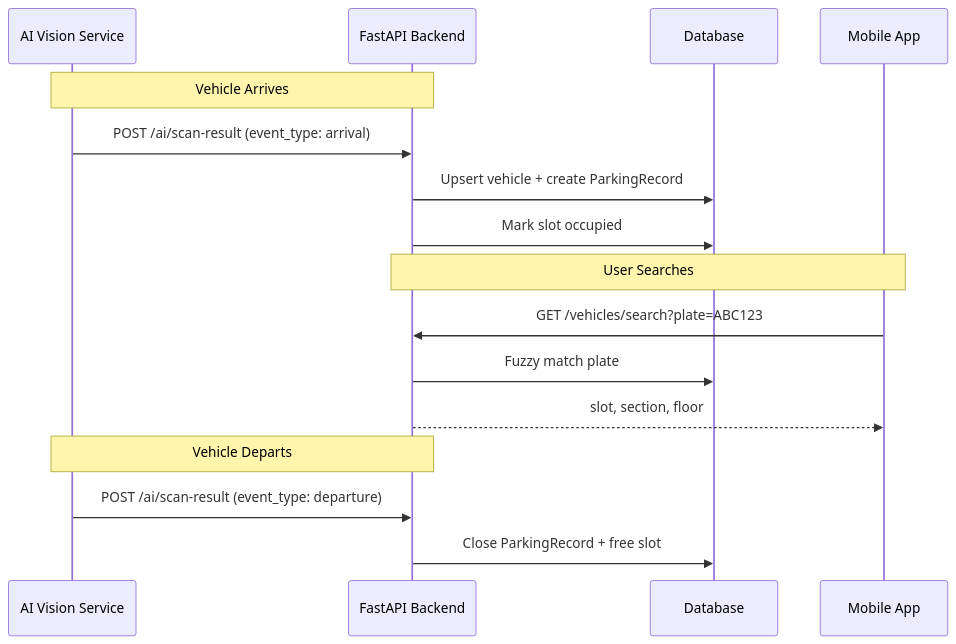
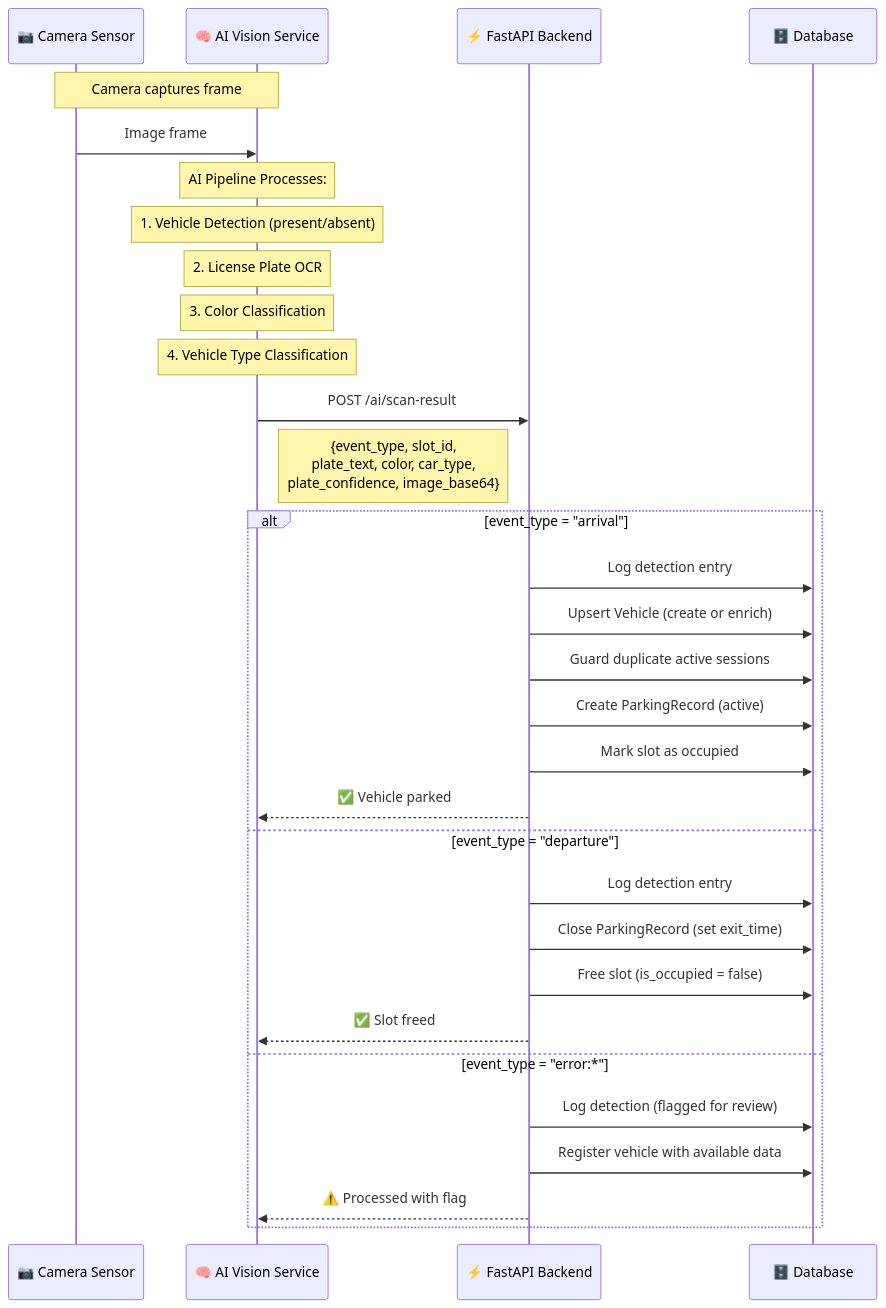
One commit to ZiadTawfiq/Go2Car_Backend_GP changed the second of 4 diagrams in README.md. Above: the diagram before and after it, drawn with Mermaid. The commit also changed other lines of this file, not shown here.

````diff
--- a/README.md
+++ b/README.md
@@ -55,21 +112,37 @@
 ```mermaid
 sequenceDiagram
-    participant AI as AI Vision Service
-    participant API as FastAPI Backend
-    participant DB as Database
-    participant App as Mobile App
+    participant Camera as 📷 Camera Sensor
+    participant AI as 🧠 AI Vision Service
+    participant API as ⚡ FastAPI Backend
+    participant DB as 🗄️ Database
 
-    Note over AI,API: Vehicle Arrives
-    AI->>API: POST /ai/scan-result (event_type: arrival)
-    API->>DB: Upsert vehicle + create ParkingRecord
-    API->>DB: Mark slot occupied
+    Note over Camera,AI: Camera captures frame
+    Camera->>AI: Image frame
+    
+    Note over AI: AI Pipeline Processes:
+    Note over AI: 1. Vehicle Detection (present/absent)
+    Note over AI: 2. License Plate OCR
+    Note over AI: 3. Color Classification
+    Note over AI: 4. Vehicle Type Classification
 
-    Note over App,API: User Searches
-    App->>API: GET /vehicles/search?plate=ABC123
-    API->>DB: Fuzzy match plate
-    API-->>App: slot, section, floor
+    AI->>API: POST /ai/scan-result
+    Note right of AI: {event_type, slot_id,<br>plate_text, color, car_type,<br>plate_confidence, image_base64}
 
-    Note over AI,API: Vehicle Departs
-    AI->>API: POST /ai/scan-result (event_type: departure)
-    API->>DB: Close ParkingRecord + free slot
+    alt event_type = "arrival"
+        API->>DB: Log detection entry
+        API->>DB: Upsert Vehicle (create or enrich)
+        API->>DB: Guard duplicate active sessions
+        API->>DB: Create ParkingRecord (active)
+        API->>DB: Mark slot as occupied
+        API-->>AI: ✅ Vehicle parked
+    else event_type = "departure"
+        API->>DB: Log detection entry
+        API->>DB: Close ParkingRecord (set exit_time)
+        API->>DB: Free slot (is_occupied = false)
+        API-->>AI: ✅ Slot freed
+    else event_type = "error:*"
+        API->>DB: Log detection (flagged for review)
+        API->>DB: Register vehicle with available data
+        API-->>AI: ⚠️ Processed with flag
+    end
 ```
````
